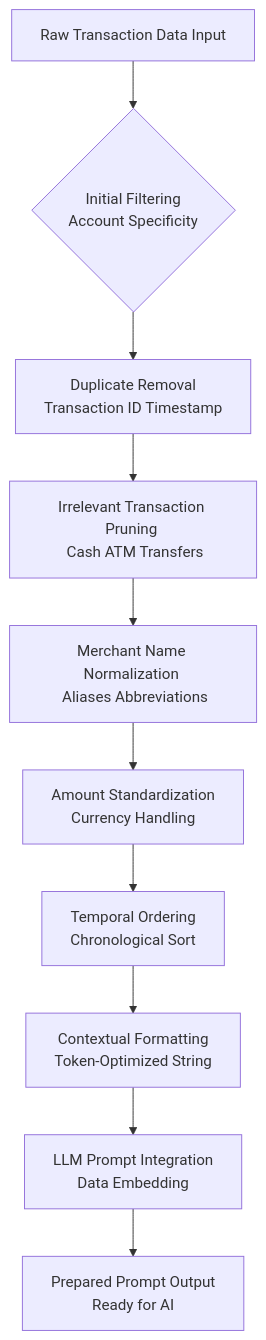
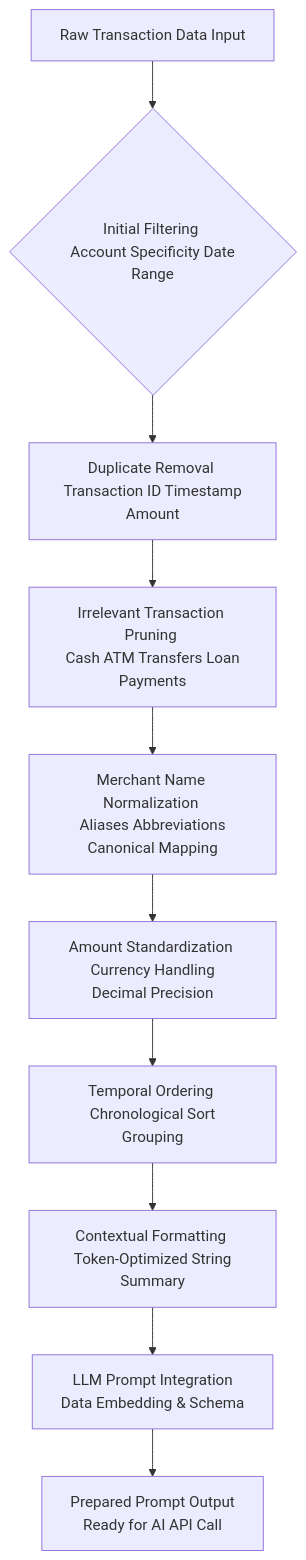
Before and after one commit to diplomat-bit/Citibank_Demo_Business_Inc_Demonstration-: the third of 10 diagrams in inventions/006_ai_subscription_detection.md, drawn with Mermaid. The commit also changed other lines of this file, not shown here.

````diff
--- a/inventions/006_ai_subscription_detection.md
+++ b/inventions/006_ai_subscription_detection.md
@@ -148,12 +149,12 @@
 ```mermaid
 graph TD
-    A[Raw Transaction Data Input] --> B{Initial Filtering <br/> Account Specificity}
-    B --> C[Duplicate Removal <br/> Transaction ID Timestamp]
-    C --> D[Irrelevant Transaction Pruning <br/> Cash ATM Transfers]
-    D --> E[Merchant Name Normalization <br/> Aliases Abbreviations]
-    E --> F[Amount Standardization <br/> Currency Handling]
-    F --> G[Temporal Ordering <br/> Chronological Sort]
-    G --> H[Contextual Formatting <br/> Token-Optimized String]
-    H --> I[LLM Prompt Integration <br/> Data Embedding]
-    I --> J[Prepared Prompt Output <br/> Ready for AI]
+    A[Raw Transaction Data Input] --> B{Initial Filtering <br/> Account Specificity Date Range}
+    B --> C[Duplicate Removal <br/> Transaction ID Timestamp Amount]
+    C --> D[Irrelevant Transaction Pruning <br/> Cash ATM Transfers Loan Payments]
+    D --> E[Merchant Name Normalization <br/> Aliases Abbreviations Canonical Mapping]
+    E --> F[Amount Standardization <br/> Currency Handling Decimal Precision]
+    F --> G[Temporal Ordering <br/> Chronological Sort Grouping]
+    G --> H[Contextual Formatting <br/> Token-Optimized String Summary]
+    H --> I[LLM Prompt Integration <br/> Data Embedding & Schema]
+    I --> J[Prepared Prompt Output <br/> Ready for AI API Call]
 ```
````
